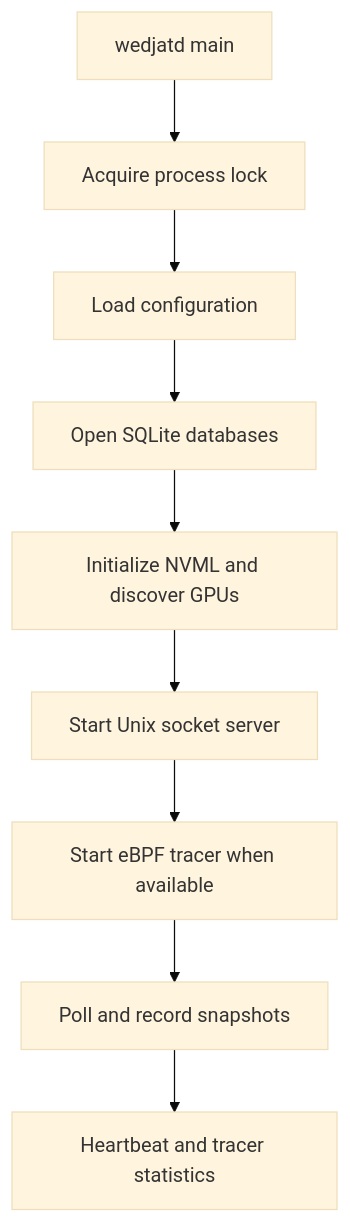
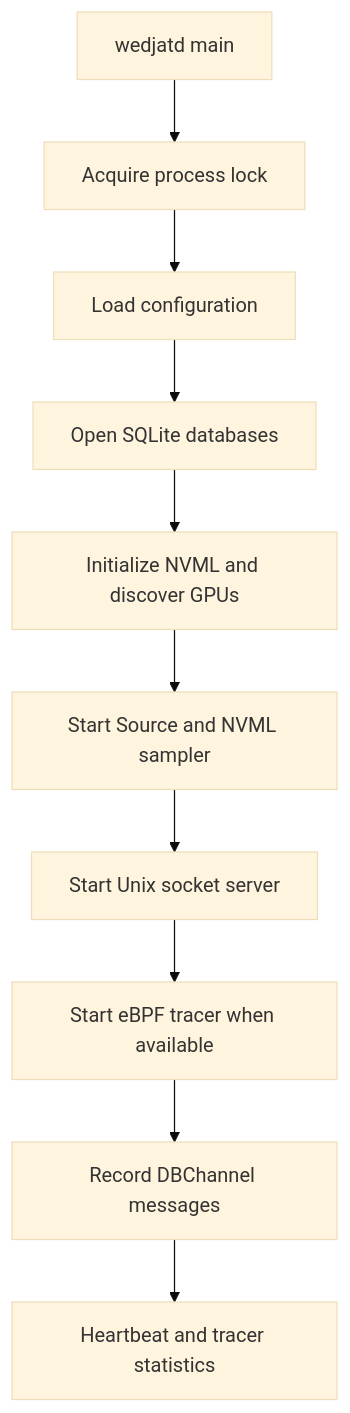
One commit to Ebraam-Ashraf/wedjat changed the diagram in docs/daemon/arch.md. Above: the diagram before and after it, drawn with Mermaid (base theme). The commit also changed other lines of this file and 57 other files, not shown here.

````diff
--- a/docs/daemon/arch.md
+++ b/docs/daemon/arch.md
@@ -258,11 +223,12 @@
 ```mermaid
 graph TD
     A[wedjatd main] --> B[Acquire process lock]
     B --> C[Load configuration]
     C --> D[Open SQLite databases]
     D --> E[Initialize NVML and discover GPUs]
-    E --> F[Start Unix socket server]
-    F --> G[Start eBPF tracer when available]
-    G --> H[Poll and record snapshots]
-    H --> I[Heartbeat and tracer statistics]
+    E --> F[Start Source and NVML sampler]
+    F --> G[Start Unix socket server]
+    G --> H[Start eBPF tracer when available]
+    H --> I[Record DBChannel messages]
+    I --> J[Heartbeat and tracer statistics]
 ```
````
